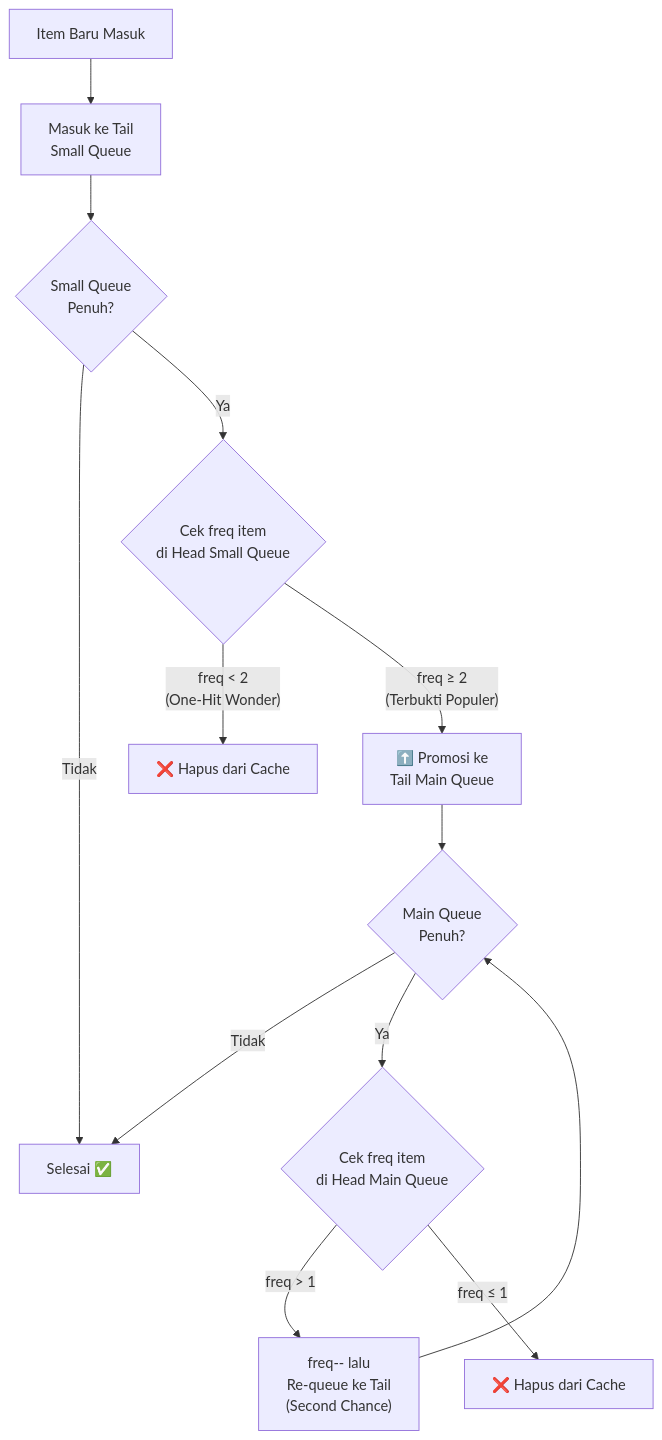
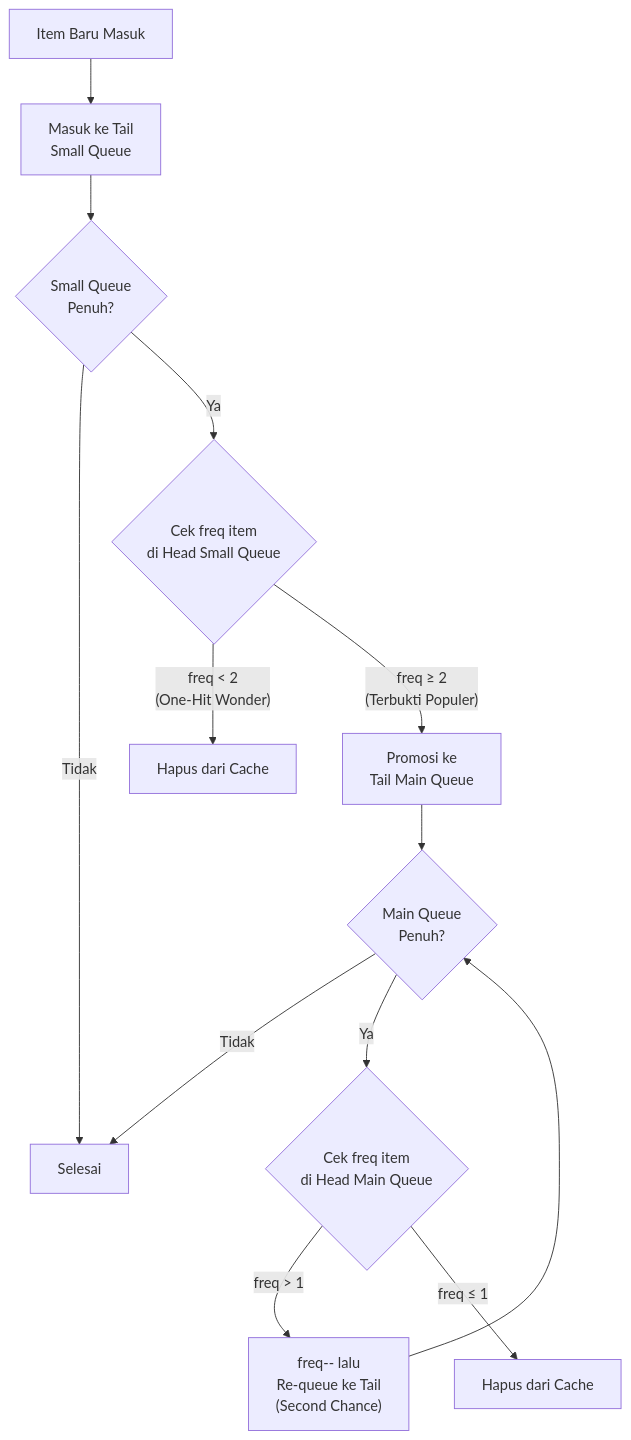
The second of 6 diagrams in README.md (semmidev/go-cache), drawn with Mermaid before and after one commit. The commit also changed other lines of this file, not shown here.

````diff
--- a/README.md
+++ b/README.md
@@ -172,15 +172,15 @@
 ```mermaid
 flowchart TD
     NEW["Item Baru Masuk"] --> SQ_TAIL["Masuk ke Tail\nSmall Queue"]
     SQ_TAIL --> SQ_FULL{"Small Queue\nPenuh?"}
-    SQ_FULL --> |Tidak| DONE["Selesai ✅"]
+    SQ_FULL --> |Tidak| DONE["Selesai"]
     SQ_FULL --> |Ya| CHECK_FREQ{"Cek freq item\ndi Head Small Queue"}
-    CHECK_FREQ --> |"freq < 2\n(One-Hit Wonder)"| DELETE_S["❌ Hapus dari Cache"]
-    CHECK_FREQ --> |"freq ≥ 2\n(Terbukti Populer)"| PROMOTE["⬆️ Promosi ke\nTail Main Queue"]
+    CHECK_FREQ --> |"freq < 2\n(One-Hit Wonder)"| DELETE_S["Hapus dari Cache"]
+    CHECK_FREQ --> |"freq ≥ 2\n(Terbukti Populer)"| PROMOTE["Promosi ke\nTail Main Queue"]
     PROMOTE --> MQ_FULL{"Main Queue\nPenuh?"}
     MQ_FULL --> |Tidak| DONE
     MQ_FULL --> |Ya| CHECK_MQ{"Cek freq item\ndi Head Main Queue"}
     CHECK_MQ --> |"freq > 1"| SECOND["freq-- lalu\nRe-queue ke Tail\n(Second Chance)"]
-    CHECK_MQ --> |"freq ≤ 1"| DELETE_M["❌ Hapus dari Cache"]
+    CHECK_MQ --> |"freq ≤ 1"| DELETE_M["Hapus dari Cache"]
     SECOND --> MQ_FULL
 ```
````
